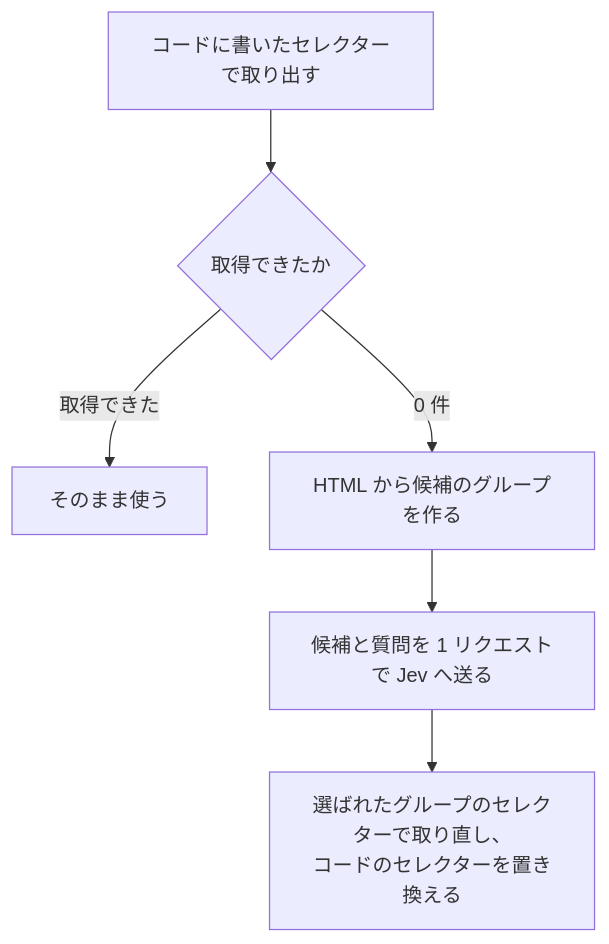
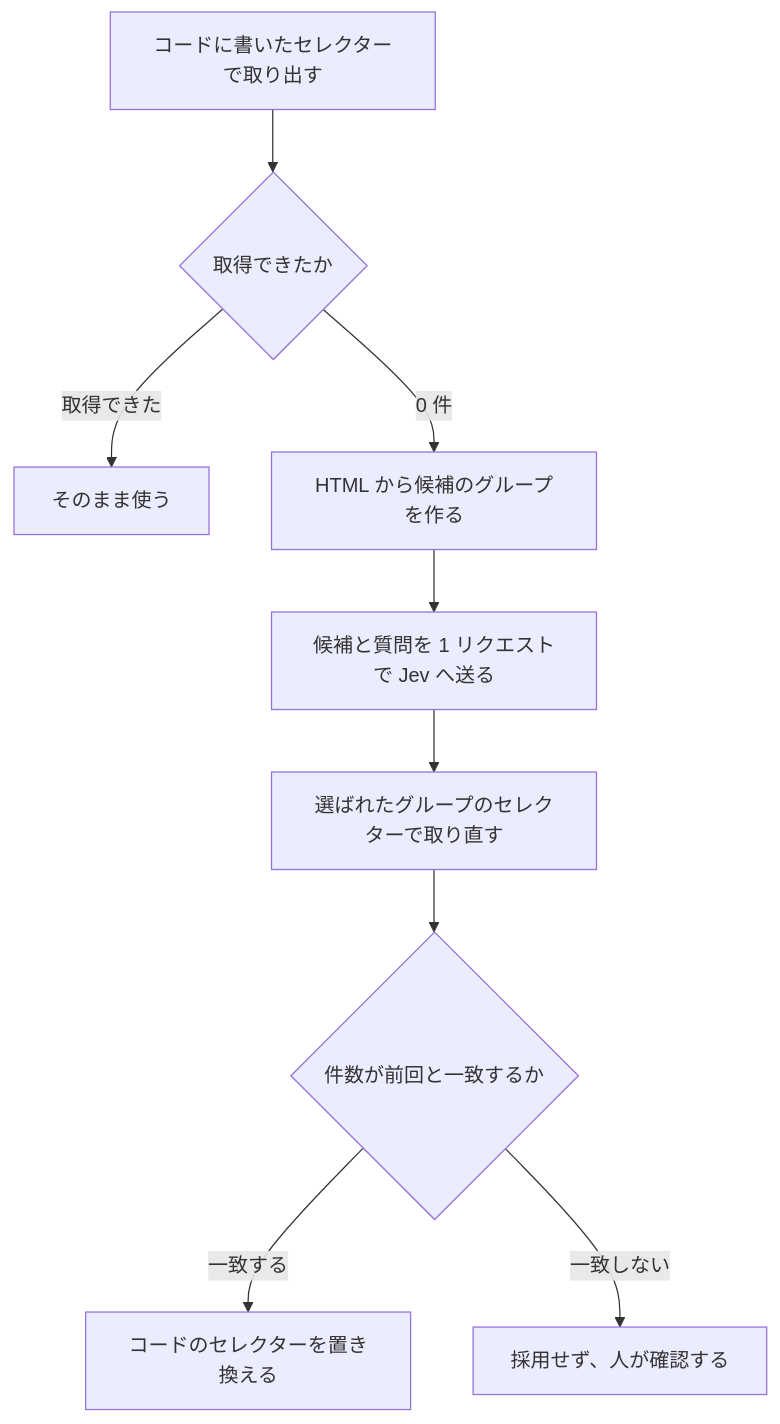
One commit to Suntory-N-Water/sui-blog changed the diagram in contents/blog/2026-09-19_css-selector-repair-with-jev.md. Above: the diagram before and after it, drawn with Mermaid. The commit also changed other lines of this file, not shown here.

````diff
--- a/contents/blog/2026-09-19_css-selector-repair-with-jev.md
+++ b/contents/blog/2026-09-19_css-selector-repair-with-jev.md
@@ -78,8 +78,11 @@
 ```mermaid
 flowchart TB
     A["コードに書いたセレクターで取り出す"] --> B{"取得できたか"}
     B -->|取得できた| C["そのまま使う"]
     B -->|0 件| D["HTML から候補のグループを作る"]
     D --> E["候補と質問を 1 リクエストで Jev へ送る"]
-    E --> F["選ばれたグループのセレクターで取り直し、<br/>コードのセレクターを置き換える"]
+    E --> F["選ばれたグループのセレクターで取り直す"]
+    F --> G{"件数が前回と一致するか"}
+    G -->|一致する| H["コードのセレクターを置き換える"]
+    G -->|一致しない| I["採用せず、人が確認する"]
 ```
````
